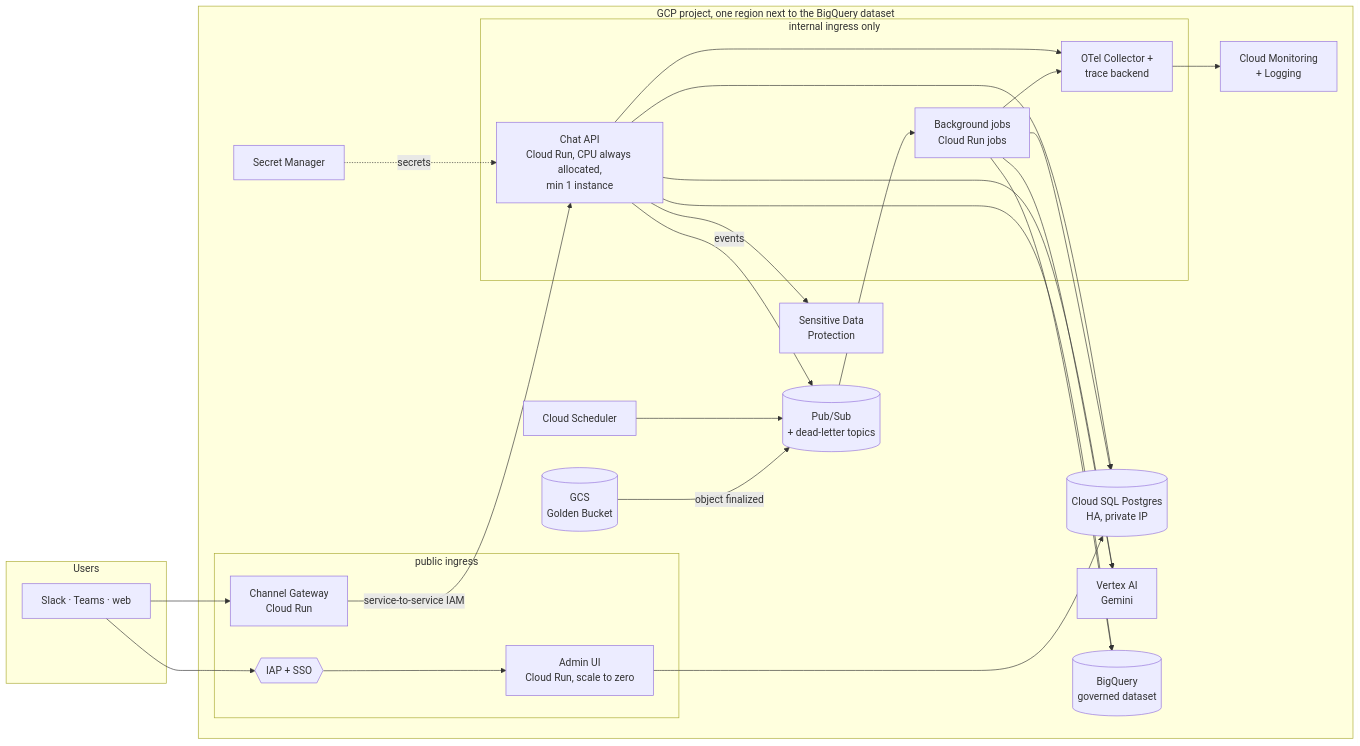
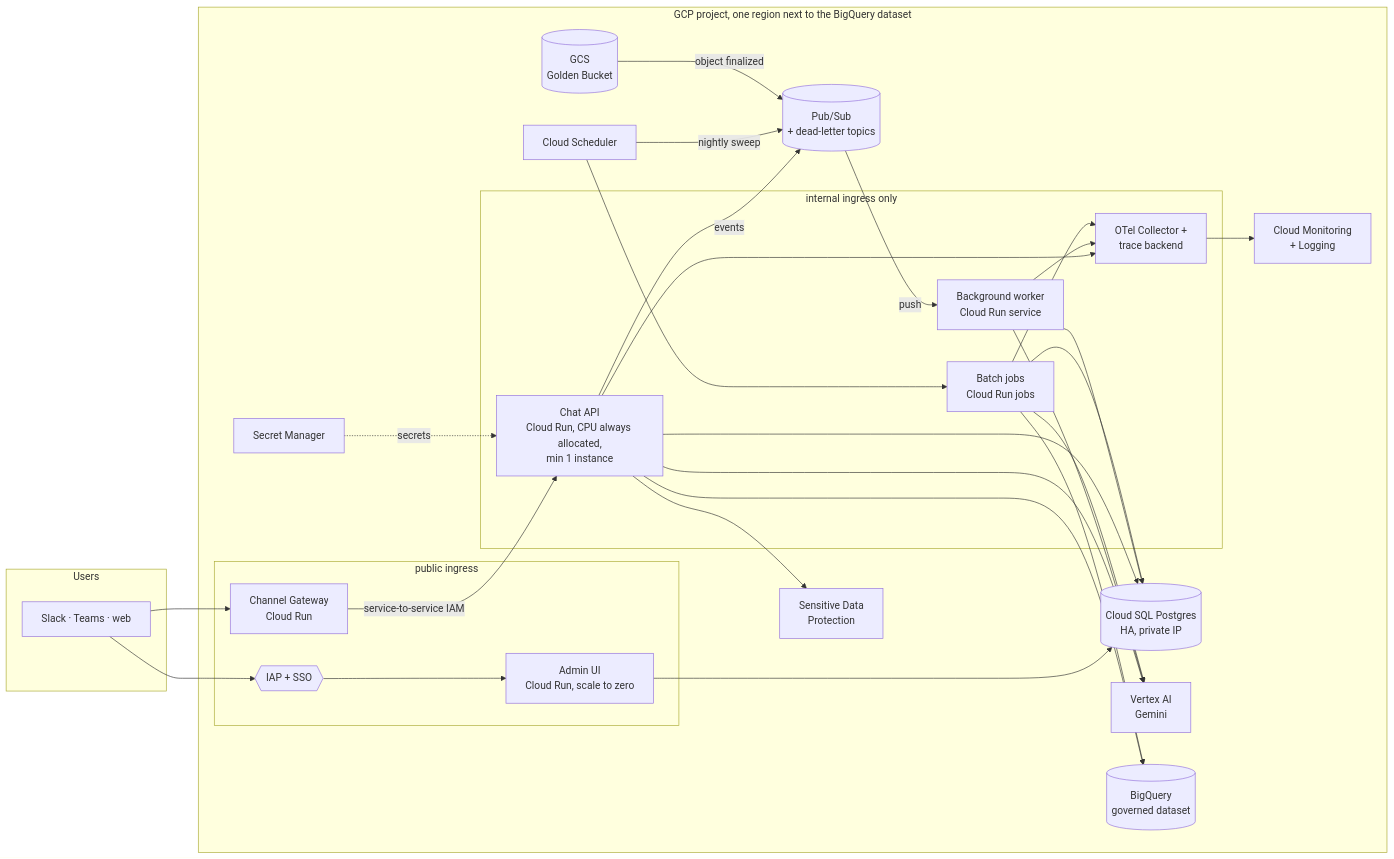
One commit to sternyishai/opsfleet-test changed the diagram in docs/hld/11-operations.md. Above: the diagram before and after it, drawn with Mermaid. The commit also changed other lines of this file and 16 other files, not shown here.

````diff
--- a/docs/hld/11-operations.md
+++ b/docs/hld/11-operations.md
@@ -7,46 +7,51 @@
 ```mermaid
 flowchart LR
     subgraph users [Users]
         CH[Slack · Teams · web]
     end
     subgraph gcp [GCP project, one region next to the BigQuery dataset]
         subgraph edge [public ingress]
             IAP{{IAP + SSO}}
             GW[Channel Gateway<br/>Cloud Run]
             ADM[Admin UI<br/>Cloud Run, scale to zero]
         end
         subgraph internal [internal ingress only]
             API[Chat API<br/>Cloud Run, CPU always allocated,<br/>min 1 instance]
-            JOBS[Background jobs<br/>Cloud Run jobs]
+            WRK[Background worker<br/>Cloud Run service]
+            JOBS[Batch jobs<br/>Cloud Run jobs]
             OTC[OTel Collector +<br/>trace backend]
         end
         PS[(Pub/Sub<br/>+ dead-letter topics)]
         SCH[Cloud Scheduler]
         SQL[(Cloud SQL Postgres<br/>HA, private IP)]
         GCS[(GCS<br/>Golden Bucket)]
         SM[Secret Manager]
         VX[Vertex AI<br/>Gemini]
         SDP[Sensitive Data<br/>Protection]
         BQ[(BigQuery<br/>governed dataset)]
         MON[Cloud Monitoring<br/>+ Logging]
     end
     CH --> GW
     CH --> IAP --> ADM
     GW -- service-to-service IAM --> API
     API --> SQL
     API --> VX
     API --> BQ
     API --> SDP
     API -- events --> PS
-    SCH --> PS
+    SCH --> JOBS
+    SCH -- nightly sweep --> PS
     GCS -- object finalized --> PS
-    PS --> JOBS
+    PS -- push --> WRK
+    WRK --> SQL
+    WRK --> VX
     JOBS --> SQL
     JOBS --> VX
     JOBS --> BQ
     ADM --> SQL
     API --> OTC
+    WRK --> OTC
     JOBS --> OTC
     OTC --> MON
     SM -. secrets .-> API
 ```
````
